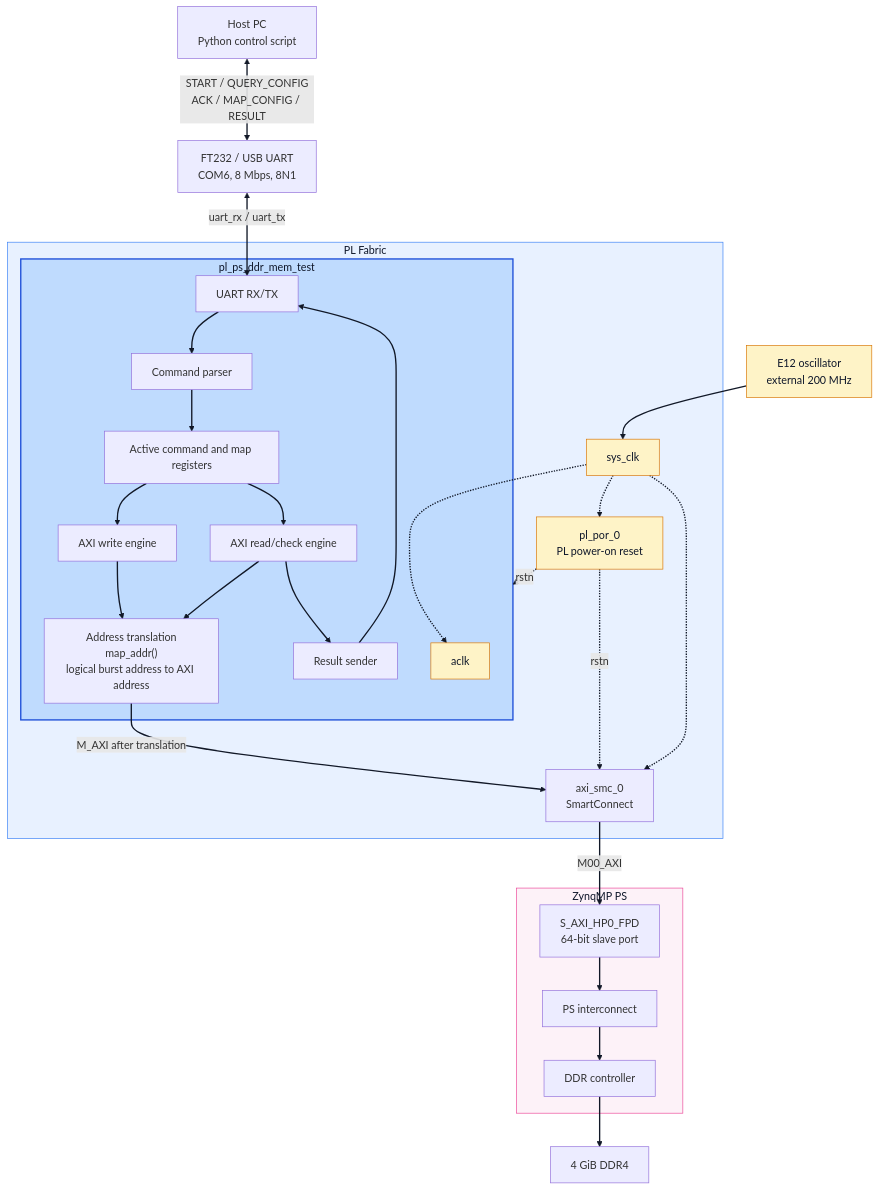
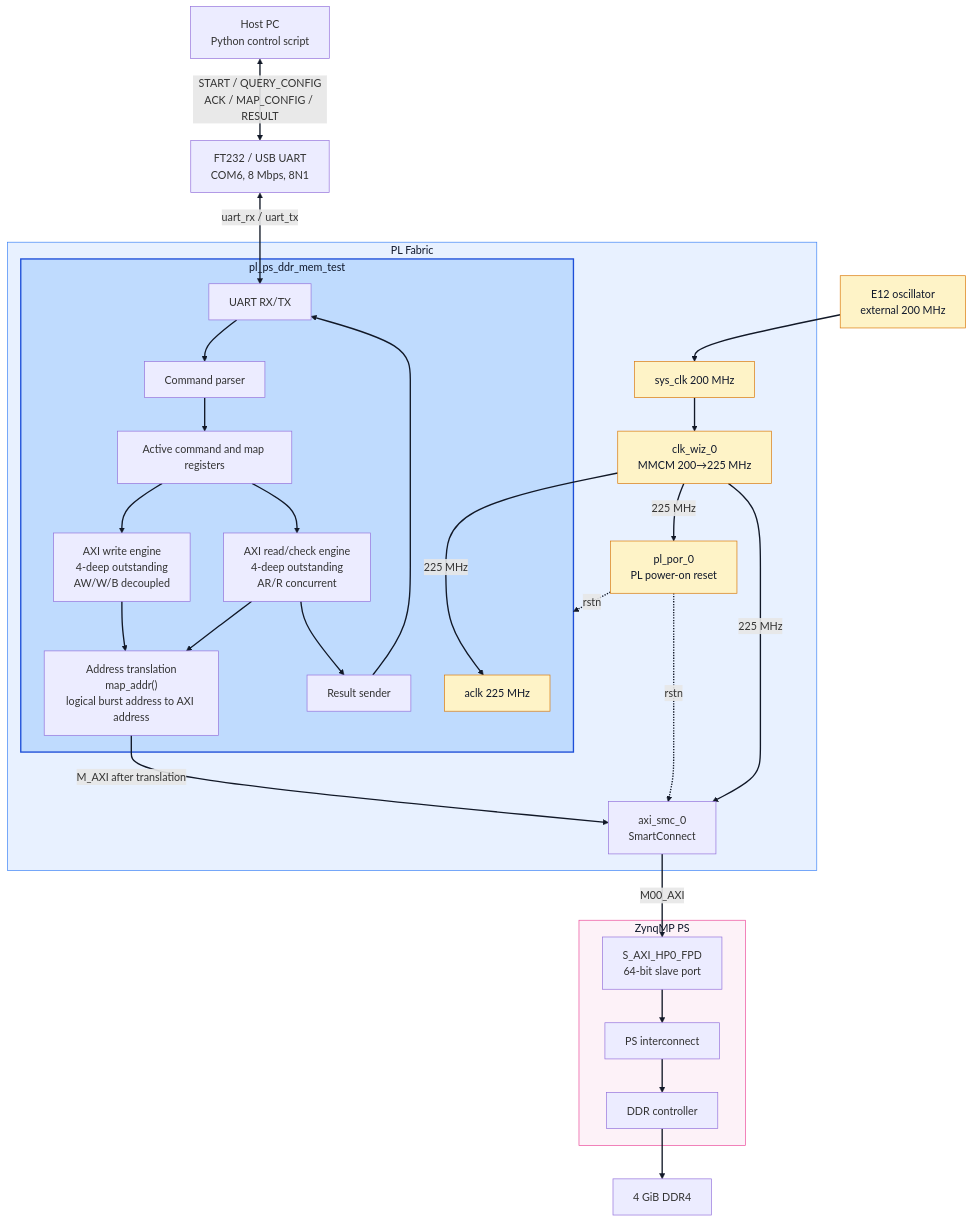
One commit to RESBI/ZU4EV-PL-to-PS-DDR-TEST changed the second of 8 diagrams in README.md. Above: the diagram before and after it, drawn with Mermaid. The commit also changed other lines of this file and 7 other files, not shown here.

````diff
--- a/README.md
+++ b/README.md
@@ -394,63 +407,65 @@
 ```mermaid
 flowchart TB
     Host["Host PC<br/>Python control script"]
     Usb["FT232 / USB UART<br/>COM6, 8 Mbps, 8N1"]
     Clk["E12 oscillator<br/>external 200 MHz"]
 
     Host <-->|START / QUERY_CONFIG<br/>ACK / MAP_CONFIG / RESULT| Usb
     Clk --> SysClk
 
     subgraph PL["PL Fabric"]
-        SysClk["sys_clk"]
+        SysClk["sys_clk 200 MHz"]
+        Mmcm["clk_wiz_0<br/>MMCM 200→225 MHz"]
         PlPor["pl_por_0<br/>PL power-on reset"]
 
         subgraph Tester["pl_ps_ddr_mem_test"]
-            Aclk["aclk"]
+            Aclk["aclk 225 MHz"]
             Uart["UART RX/TX"]
             Parser["Command parser"]
             Active["Active command and map registers"]
-            Write["AXI write engine"]
-            Read["AXI read/check engine"]
+            Write["AXI write engine<br/>4-deep outstanding<br/>AW/W/B decoupled"]
+            Read["AXI read/check engine<br/>4-deep outstanding<br/>AR/R concurrent"]
             Map["Address translation<br/>map_addr()<br/>logical burst address to AXI address"]
             Result["Result sender"]
 
             Uart --> Parser
             Parser --> Active
             Active --> Write
             Write --> Map
             Active --> Read
             Read --> Map
             Read --> Result
             Result --> Uart
         end
 
-        SysClk -.-> Aclk
-        SysClk -.-> PlPor
-        SysClk -.-> Smc["axi_smc_0<br/>SmartConnect"]
+        SysClk --> Mmcm
+        Mmcm -->|225 MHz| Aclk
+        Mmcm -->|225 MHz| PlPor
+        Mmcm -->|225 MHz| Smc["axi_smc_0<br/>SmartConnect"]
         PlPor -.->|rstn| Tester
         PlPor -.->|rstn| Smc
         Map -->|M_AXI after translation| Smc
     end
 
     Usb <-->|uart_rx / uart_tx| Uart
 
     subgraph PS["ZynqMP PS"]
         HpPort["S_AXI_HP0_FPD<br/>64-bit slave port"]
         HpPort --> Interconnect["PS interconnect"]
         Interconnect --> DdrCtrl["DDR controller"]
     end
 
     DdrCtrl --> Ddr["4 GiB DDR4"]
     Smc -->|M00_AXI| HpPort
 
     classDef fabric fill:#e8f1ff,stroke:#3b82f6,stroke-width:1px,color:#0f172a
     classDef tester fill:#bfdbfe,stroke:#1d4ed8,stroke-width:2px,color:#0f172a
     classDef ps fill:#fdf2f8,stroke:#ec4899,stroke-width:1px,color:#0f172a
     classDef clock fill:#fef3c7,stroke:#d97706,stroke-width:1px,color:#0f172a
     class PL fabric
     class Tester tester
     class PS ps
-    class Clk,SysClk,Aclk,PlPor clock
+    class Clk,SysClk,Mmcm,Aclk,PlPor clock
 
     linkStyle default stroke:#111827,stroke-width:2px
 ```
````
